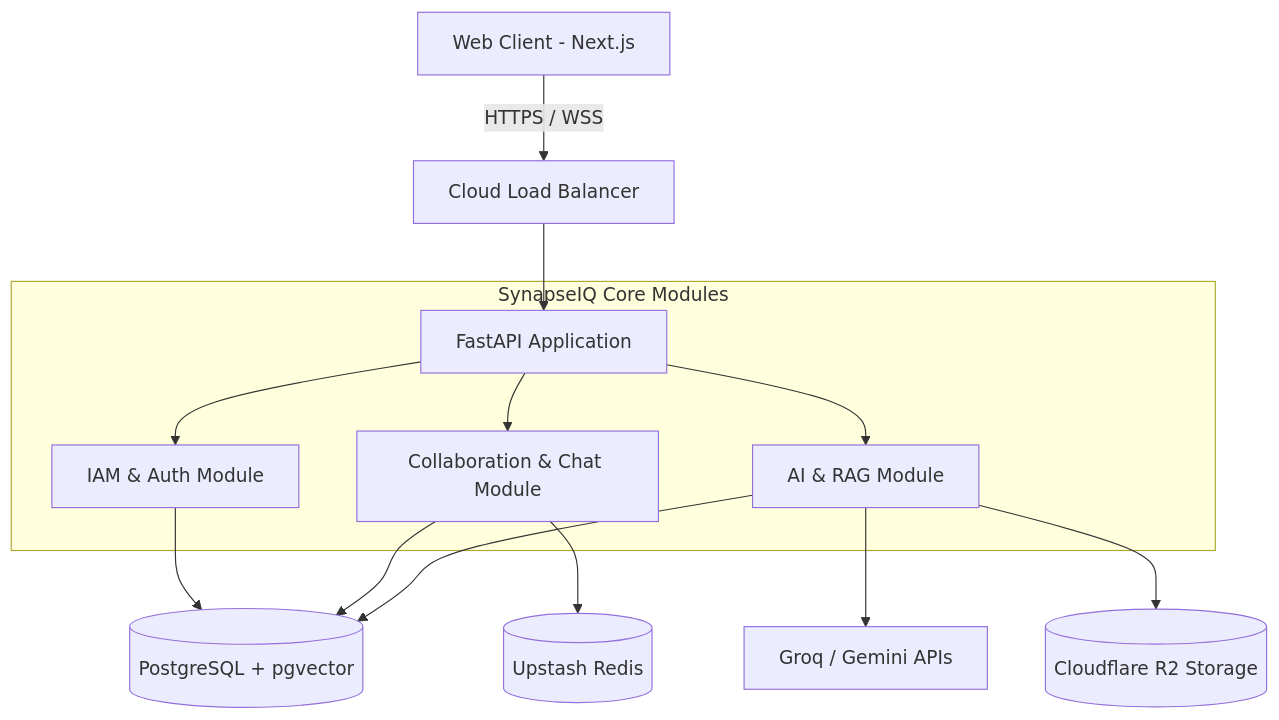
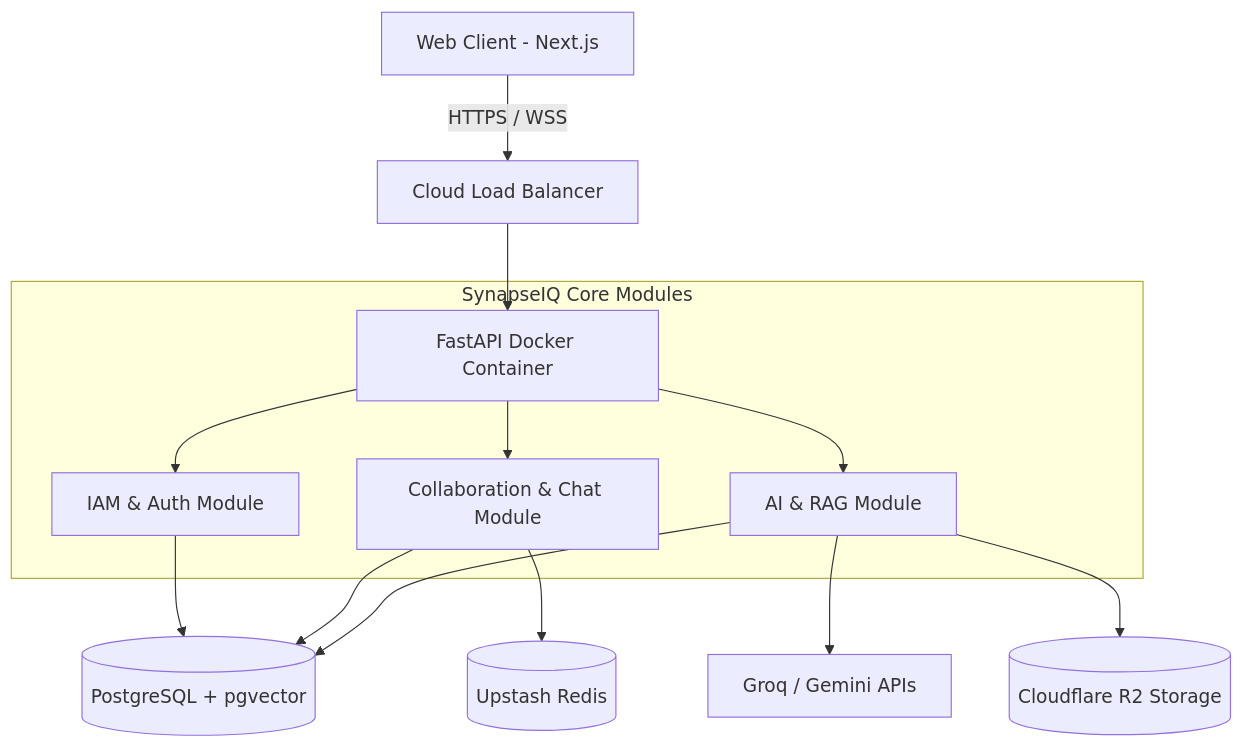
One commit to Shinu-Cherian/SynapseIQ changed the diagram in README.md. Above: the diagram before and after it, drawn with Mermaid. The commit also changed other lines of this file, not shown here.

Commit message:
docs: Add database schema and tech stack details to README

````diff
--- a/README.md
+++ b/README.md
@@ -56,18 +71,18 @@
 ```mermaid
 graph TD
     Client[Web Client - Next.js] -->|HTTPS / WSS| LoadBalancer[Cloud Load Balancer]
-    LoadBalancer --> API[FastAPI Application]
+    LoadBalancer --> API[FastAPI Docker Container]
     
     subgraph "SynapseIQ Core Modules"
         API --> Auth[IAM & Auth Module]
         API --> Collab[Collaboration & Chat Module]
         API --> AI[AI & RAG Module]
     end
     
     Auth --> DB[(PostgreSQL + pgvector)]
     Collab --> Redis[(Upstash Redis)]
     Collab --> DB
     AI --> ExternalAI[Groq / Gemini APIs]
     AI --> Storage[(Cloudflare R2 Storage)]
     AI --> DB
 ```
````
